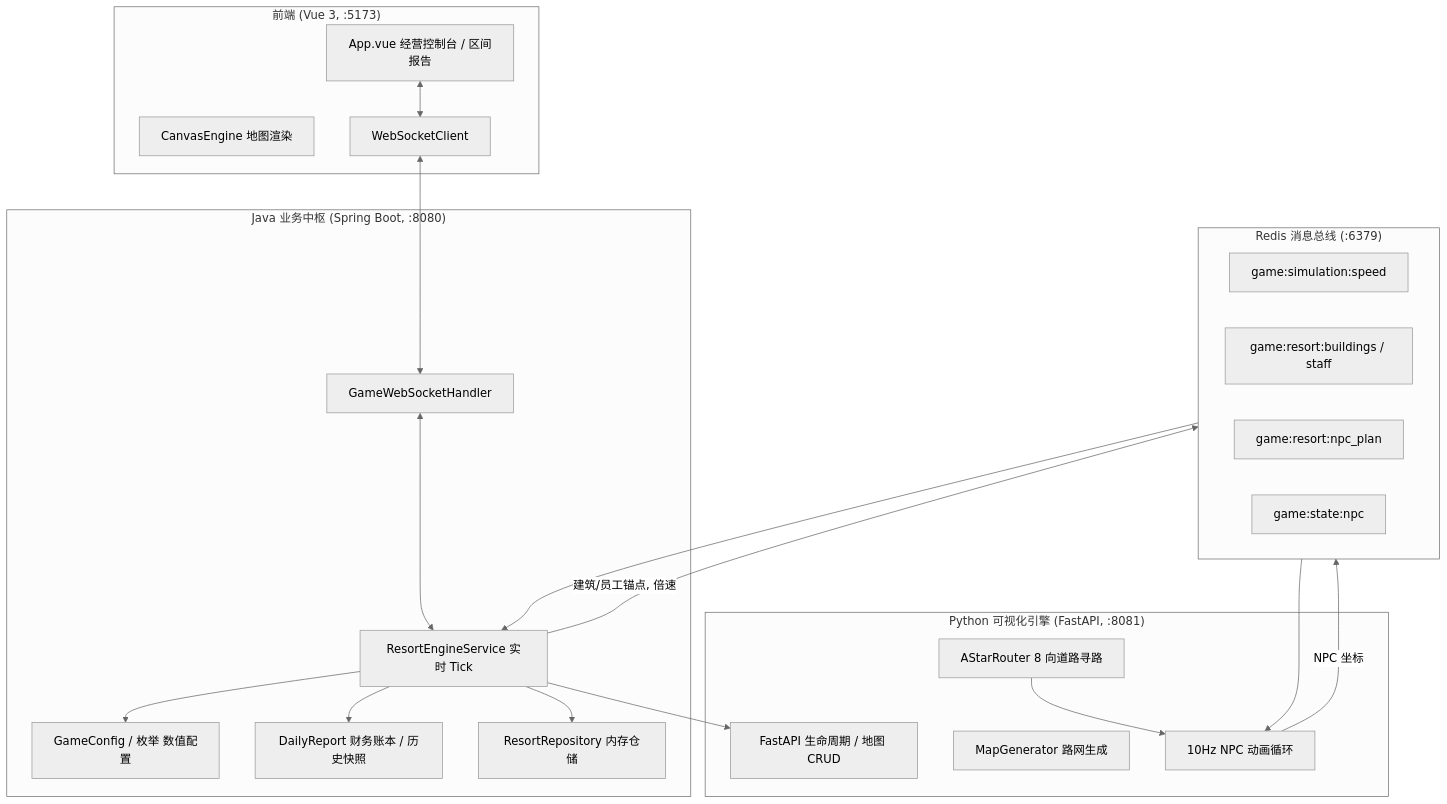
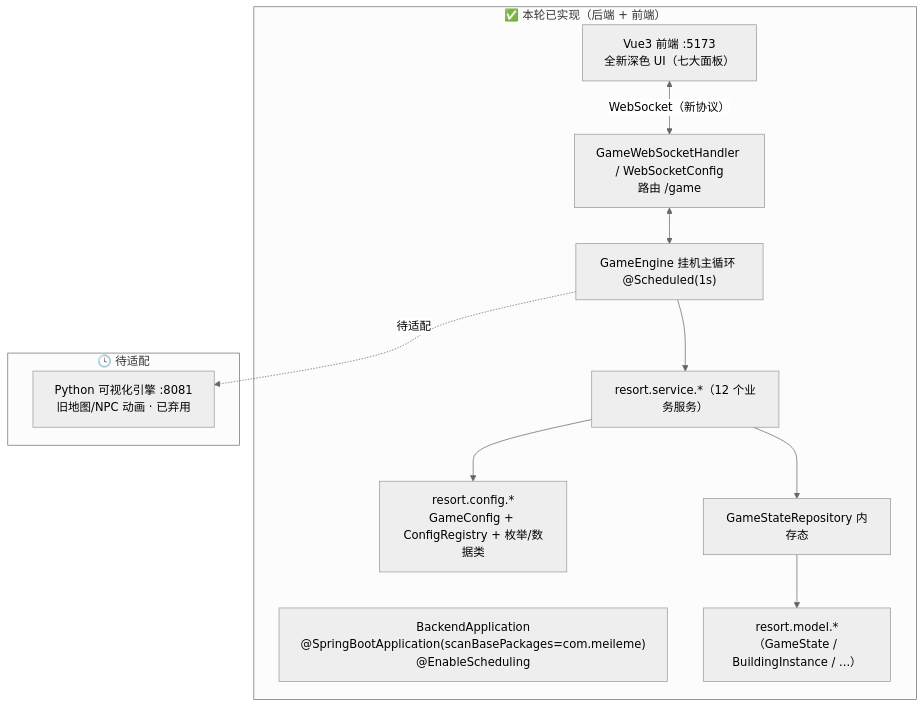
Before and after one commit to EricYFY/meileme: the diagram in README.md, drawn with Mermaid (neutral theme). The commit also changed other lines of this file and 96 other files, not shown here.

````diff
--- a/README.md
+++ b/README.md
@@ -15,43 +26,25 @@
 ```mermaid
 flowchart TB
-    subgraph Frontend["前端 (Vue 3, :5173)"]
-        UI["App.vue 经营控制台 / 区间报告"]
-        Canvas["CanvasEngine 地图渲染"]
-        WSClient["WebSocketClient"]
+    subgraph Implemented["✅ 本轮已实现（后端 + 前端）"]
+        APP["BackendApplication<br/>@SpringBootApplication(scanBasePackages=com.meileme)<br/>@EnableScheduling"]
+        WS["GameWebSocketHandler / WebSocketConfig<br/>路由 /game"]
+        ENG["GameEngine 挂机主循环 @Scheduled(1s)"]
+        SVC["resort.service.*（12 个业务服务）"]
+        CFG["resort.config.*<br/>GameConfig + ConfigRegistry + 枚举/数据类"]
+        REPO["GameStateRepository 内存态"]
+        MODEL["resort.model.*（GameState / BuildingInstance / ...）"]
+        FE["Vue3 前端 :5173<br/>全新深色 UI（七大面板）"]
     end
 
-    subgraph JavaGateway["Java 业务中枢 (Spring Boot, :8080)"]
-        WS["GameWebSocketHandler"]
-        Engine["ResortEngineService 实时 Tick"]
-        Cfg["GameConfig / 枚举 数值配置"]
-        Report["DailyReport 财务账本 / 历史快照"]
-        Repo["ResortRepository 内存仓储"]
+    subgraph Pending["🕓 待适配"]
+        PY["Python 可视化引擎 :8081<br/>旧地图/NPC 动画 · 已弃用"]
     end
 
-    subgraph RedisBus["Redis 消息总线 (:6379)"]
-        Speed["game:simulation:speed"]
-        RB["game:resort:buildings / staff"]
-        Plan["game:resort:npc_plan"]
-        Npc["game:state:npc"]
-    end
-
-    subgraph PythonEngine["Python 可视化引擎 (FastAPI, :8081)"]
-        Api["FastAPI 生命周期 / 地图 CRUD"]
-        Router["AStarRouter 8 向道路寻路"]
-        Gen["MapGenerator 路网生成"]
-        Loop["10Hz NPC 动画循环"]
-    end
-
-    UI <--> WSClient
-    WSClient <--> WS
-    WS <--> Engine
-    Engine --> Cfg
-    Engine --> Report
-    Engine --> Repo
-    Engine -->|"建筑/员工锚点, 倍速"| RedisBus
-    RedisBus --> Loop
-    Loop -->|"NPC 坐标"| RedisBus
-    RedisBus --> Engine
-    Engine --> Api
-    Router --> Loop
+    FE <-->|"WebSocket（新协议）"| WS
+    WS <--> ENG
+    ENG --> SVC
+    SVC --> CFG
+    SVC --> REPO
+    REPO --> MODEL
+    ENG -. "待适配" .-> PY
 ```
````
